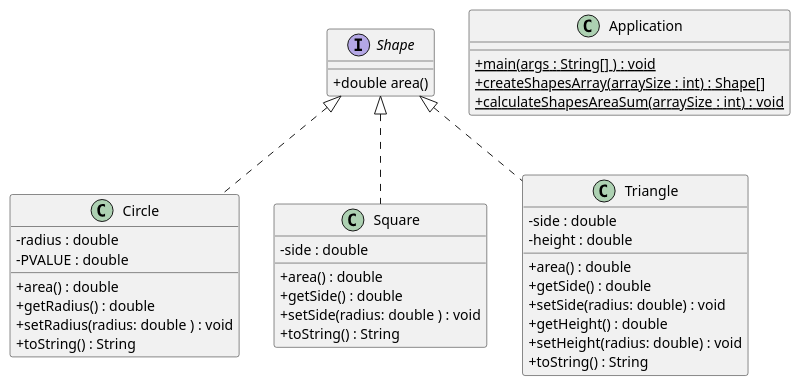
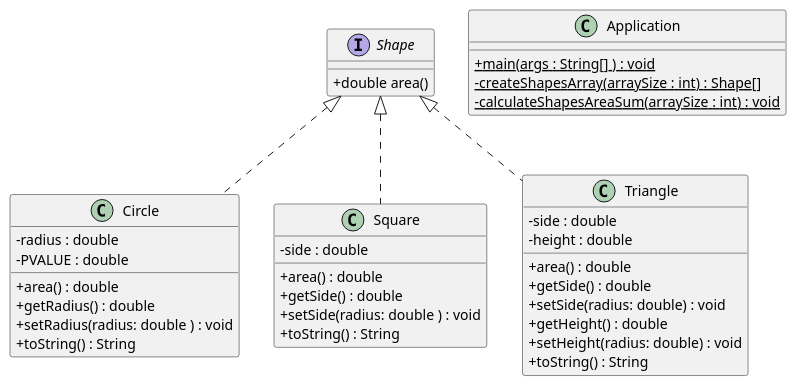
The diagram in class-diagram-task00.plantuml (ViktorBibikB/Hillel_homeworks), drawn with PlantUML before and after one commit. The commit also changed 6 other files, not shown here.

Commit message:
Class diagrams were added

```diff
--- a/class-diagram-task00.plantuml
+++ b/class-diagram-task00.plantuml
@@ -1,50 +1,50 @@
 @startuml
 
 skinparam classAttributeIconSize 0
 
 interface Shape{
 
     +double area()
 }
 
 class Circle{
     -radius : double
     -PVALUE : double
 
     +area() : double
     +getRadius() : double
     +setRadius(radius: double ) : void
     +toString() : String
 }
 
 class Square{
     -side : double
 
     +area() : double
     +getSide() : double
     +setSide(radius: double ) : void
     +toString() : String
 }
 
 class Triangle{
     -side : double
     -height : double
 
     +area() : double
     +getSide() : double
     +setSide(radius: double) : void
     +getHeight() : double
     +setHeight(radius: double) : void
     +toString() : String
 }
 
 class Application{
     +{static} main(args : String[] ) : void
-    +{static} createShapesArray(arraySize : int) : Shape[]
-    +{static} calculateShapesAreaSum(arraySize : int) : void
+    -{static} createShapesArray(arraySize : int) : Shape[]
+    -{static} calculateShapesAreaSum(arraySize : int) : void
 }
 
 class Circle implements Shape
 class Square implements Shape
 class Triangle implements Shape
 @enduml
```
